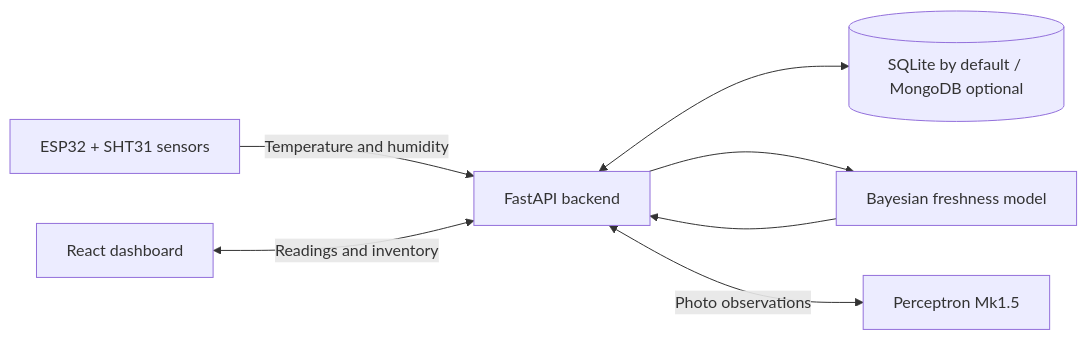
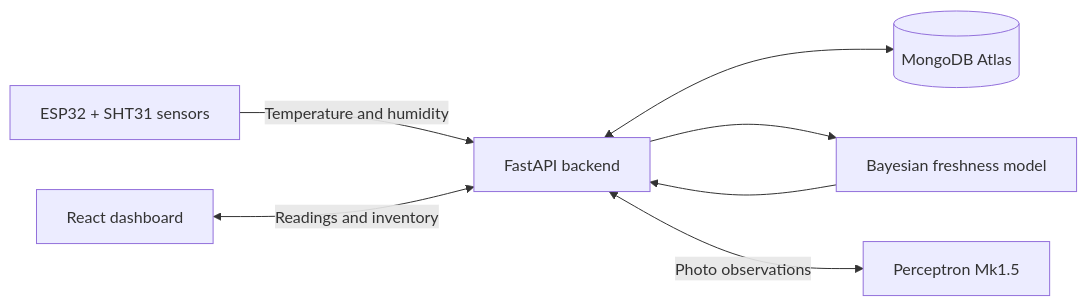
Before and after one commit to siddhantjena13/shelf-life: the diagram in README.md, drawn with Mermaid. The commit also changed other lines of this file, not shown here.

Commit message:
Present MongoDB Atlas storage in README

````diff
--- a/README.md
+++ b/README.md
@@ -24,9 +24,9 @@
 ```mermaid
 flowchart LR
     Sensors[ESP32 + SHT31 sensors] -->|Temperature and humidity| API[FastAPI backend]
     Dashboard[React dashboard] <-->|Readings and inventory| API
-    API <--> Database[(SQLite by default / MongoDB optional)]
+    API <--> Database[(MongoDB Atlas)]
     API --> Model[Bayesian freshness model]
     Model --> API
     API <-->|Photo observations| Vision[Perceptron Mk1.5]
 ```
````
